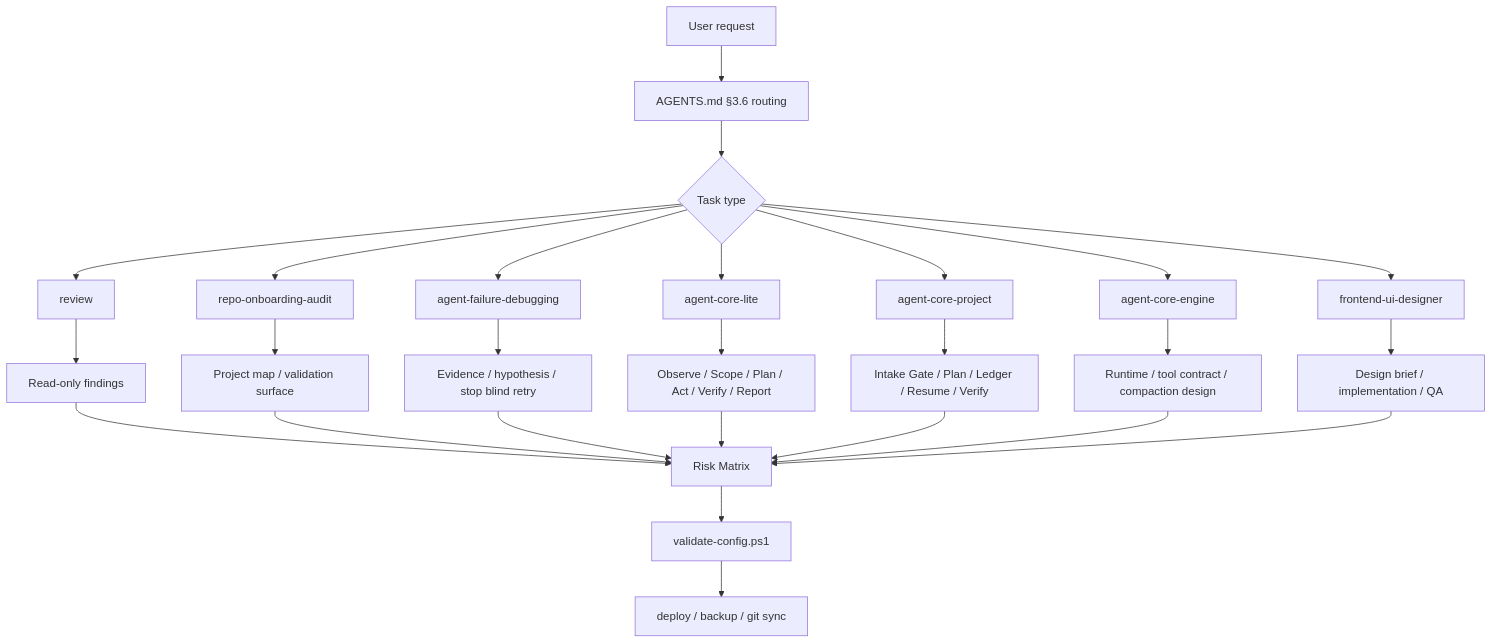
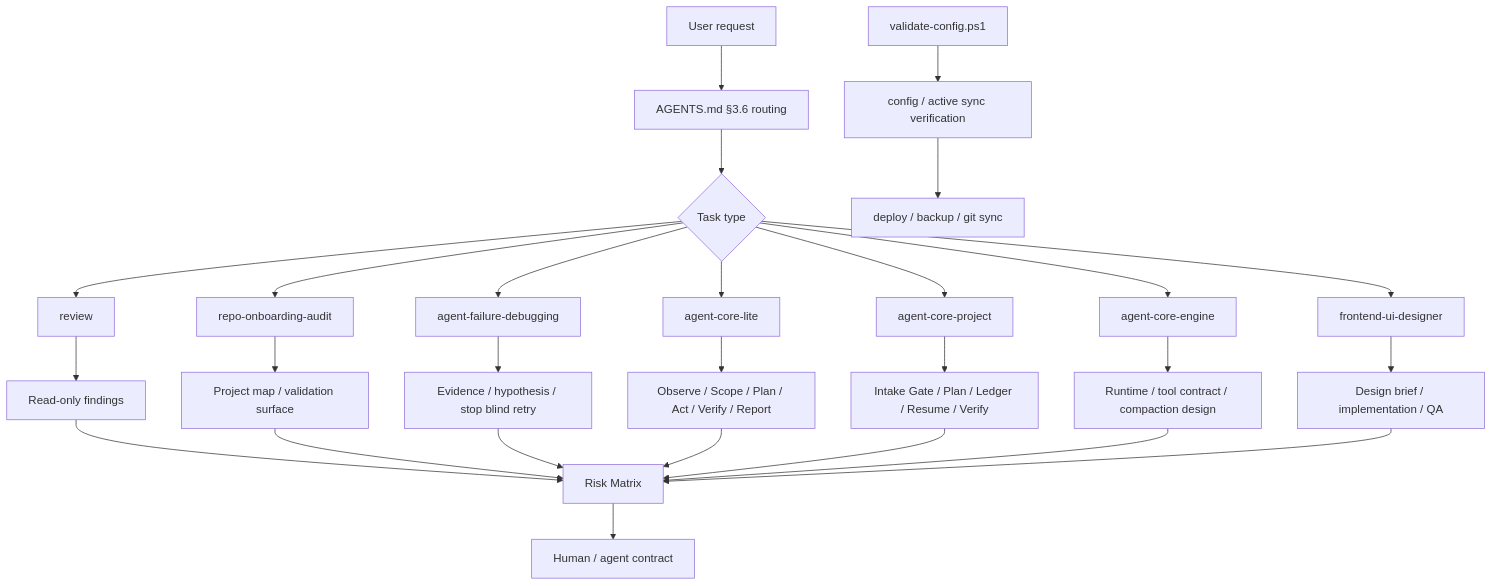
One commit to moonking60144-collab/Agent-Config changed the diagram in README.md. Above: the diagram before and after it, drawn with Mermaid. The commit also changed other lines of this file, not shown here.

Commit message:
docs: 修正 Codex workflow README 說明

````diff
--- a/README.md
+++ b/README.md
@@ -123,30 +123,31 @@
 ```mermaid
 flowchart TD
   A["User request"] --> B["AGENTS.md §3.6 routing"]
   B --> C{"Task type"}
   C --> D["review"]
   C --> E["repo-onboarding-audit"]
   C --> F["agent-failure-debugging"]
   C --> G["agent-core-lite"]
   C --> H["agent-core-project"]
   C --> I["agent-core-engine"]
   C --> J["frontend-ui-designer"]
 
   D --> K["Read-only findings"]
   E --> L["Project map / validation surface"]
   F --> M["Evidence / hypothesis / stop blind retry"]
   G --> N["Observe / Scope / Plan / Act / Verify / Report"]
   H --> O["Intake Gate / Plan / Ledger / Resume / Verify"]
   I --> P["Runtime / tool contract / compaction design"]
   J --> Q["Design brief / implementation / QA"]
 
   K --> R["Risk Matrix"]
   L --> R
   M --> R
   N --> R
   O --> R
   P --> R
   Q --> R
-  R --> S["validate-config.ps1"]
-  S --> T["deploy / backup / git sync"]
+  R --> S["Human / agent contract"]
+  U["validate-config.ps1"] --> V["config / active sync verification"]
+  V --> W["deploy / backup / git sync"]
 ```
````
